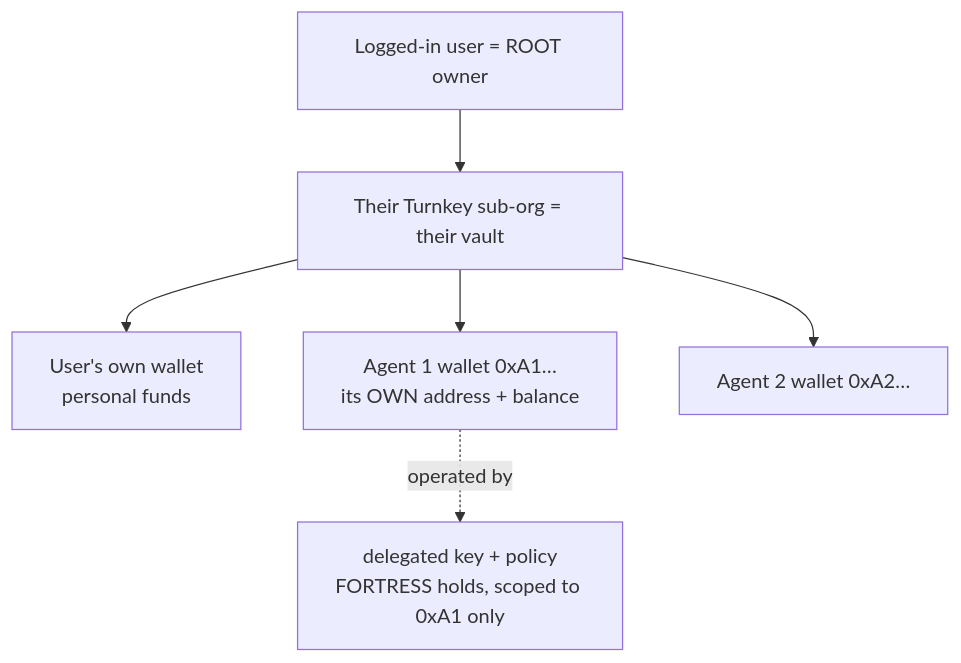
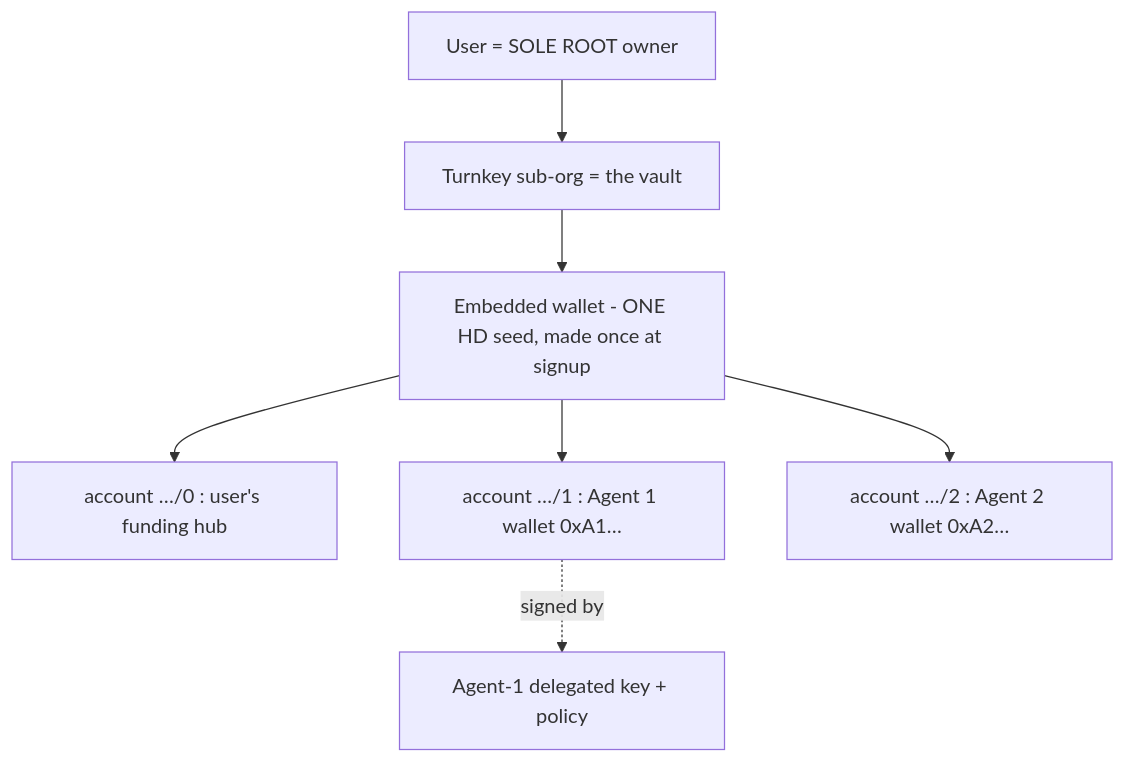
One commit to itsme-boii/archetectures changed the second of 5 diagrams in README.md. Above: the diagram before and after it, drawn with Mermaid. The commit also changed other lines of this file, not shown here.

Commit message:
Institution-grade README v3: final Option-a architecture (delegated agent key, local MCP stamping, prepare/stamp/submit, policy-enforced limits)

````diff
--- a/README.md
+++ b/README.md
@@ -58,8 +95,9 @@
 ```mermaid
 graph TB
-    U[Logged-in user = ROOT owner] --> SO[Their Turnkey sub-org = their vault]
-    SO --> UW[User's own wallet<br/>personal funds]
-    SO --> A1[Agent 1 wallet 0xA1…<br/>its OWN address + balance]
-    SO --> A2[Agent 2 wallet 0xA2…]
-    A1 -. operated by .-> DK[delegated key + policy<br/>FORTRESS holds, scoped to 0xA1 only]
+    U[User = SOLE ROOT owner] --> SO[Turnkey sub-org = the vault]
+    SO --> EW[Embedded wallet - ONE HD seed, made once at signup]
+    EW --> A0[account …/0 : user's funding hub]
+    EW --> A1[account …/1 : Agent 1 wallet 0xA1…]
+    EW --> A2[account …/2 : Agent 2 wallet 0xA2…]
+    A1 -. signed by .-> K1[Agent-1 delegated key + policy]
 ```
````
